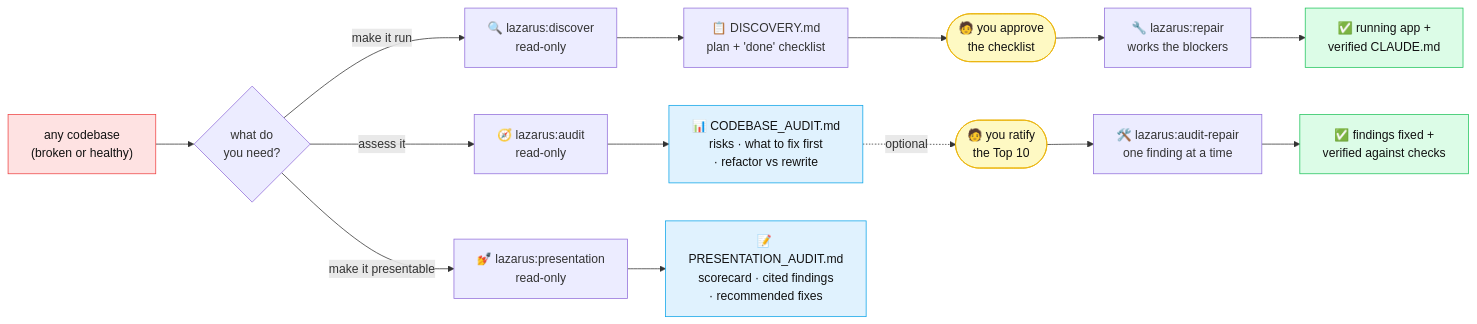
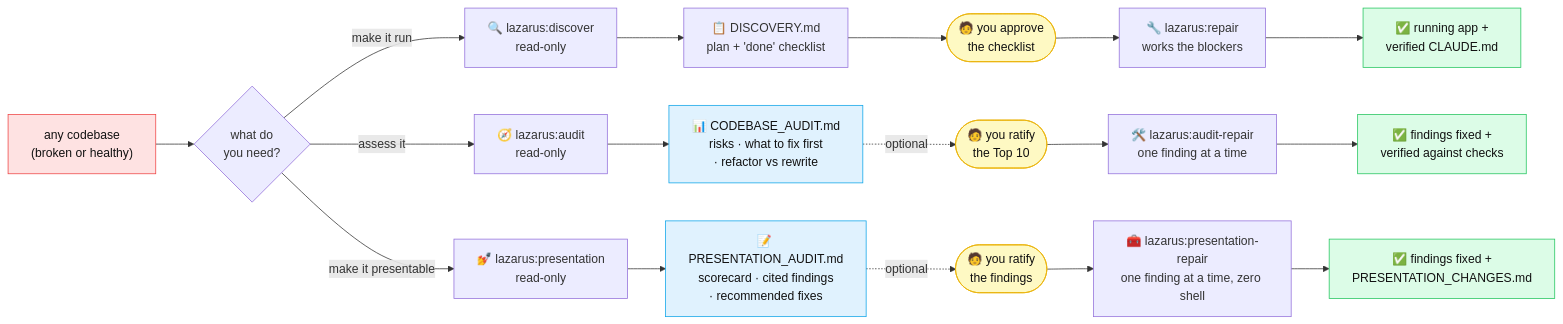
One commit to CognitiveCodeAI/lazarus changed the diagram in README.md. Above: the diagram before and after it, drawn with Mermaid. The commit also changed other lines of this file and 5 other files, not shown here.

First line of the commit message:
Add presentation-repair — the apply phase that closes the third journey (#24)

````diff
--- a/README.md
+++ b/README.md
@@ -86,27 +88,32 @@
 ```mermaid
 flowchart LR
     A["any codebase<br/>(broken or healthy)"] --> B{what do<br/>you need?}
 
     B -->|make it run| C["🔍 lazarus:discover<br/>read-only"]
     C --> D["📋 DISCOVERY.md<br/>plan + 'done' checklist"]
     D --> E(["🧑 you approve<br/>the checklist"])
     E --> F["🔧 lazarus:repair<br/>works the blockers"]
     F --> G["✅ running app +<br/>verified CLAUDE.md"]
 
     B -->|assess it| H["🧭 lazarus:audit<br/>read-only"]
     H --> I["📊 CODEBASE_AUDIT.md<br/>risks · what to fix first<br/>· refactor vs rewrite"]
     I -.->|"optional"| J(["🧑 you ratify<br/>the Top 10"])
     J --> K["🛠️ lazarus:audit-repair<br/>one finding at a time"]
     K --> L["✅ findings fixed +<br/>verified against checks"]
 
     B -->|make it presentable| M["💅 lazarus:presentation<br/>read-only"]
     M --> N["📝 PRESENTATION_AUDIT.md<br/>scorecard · cited findings<br/>· recommended fixes"]
+    N -.->|"optional"| O(["🧑 you ratify<br/>the findings"])
+    O --> P["🧰 lazarus:presentation-repair<br/>one finding at a time, zero shell"]
+    P --> Q["✅ findings fixed +<br/>PRESENTATION_CHANGES.md"]
 
     style A fill:#fee2e2,stroke:#ef4444,color:#111
     style G fill:#dcfce7,stroke:#22c55e,color:#111
     style I fill:#e0f2fe,stroke:#0ea5e9,color:#111
     style N fill:#e0f2fe,stroke:#0ea5e9,color:#111
     style E fill:#fef9c3,stroke:#eab308,color:#111
     style J fill:#fef9c3,stroke:#eab308,color:#111
+    style O fill:#fef9c3,stroke:#eab308,color:#111
     style L fill:#dcfce7,stroke:#22c55e,color:#111
+    style Q fill:#dcfce7,stroke:#22c55e,color:#111
 ```
````
